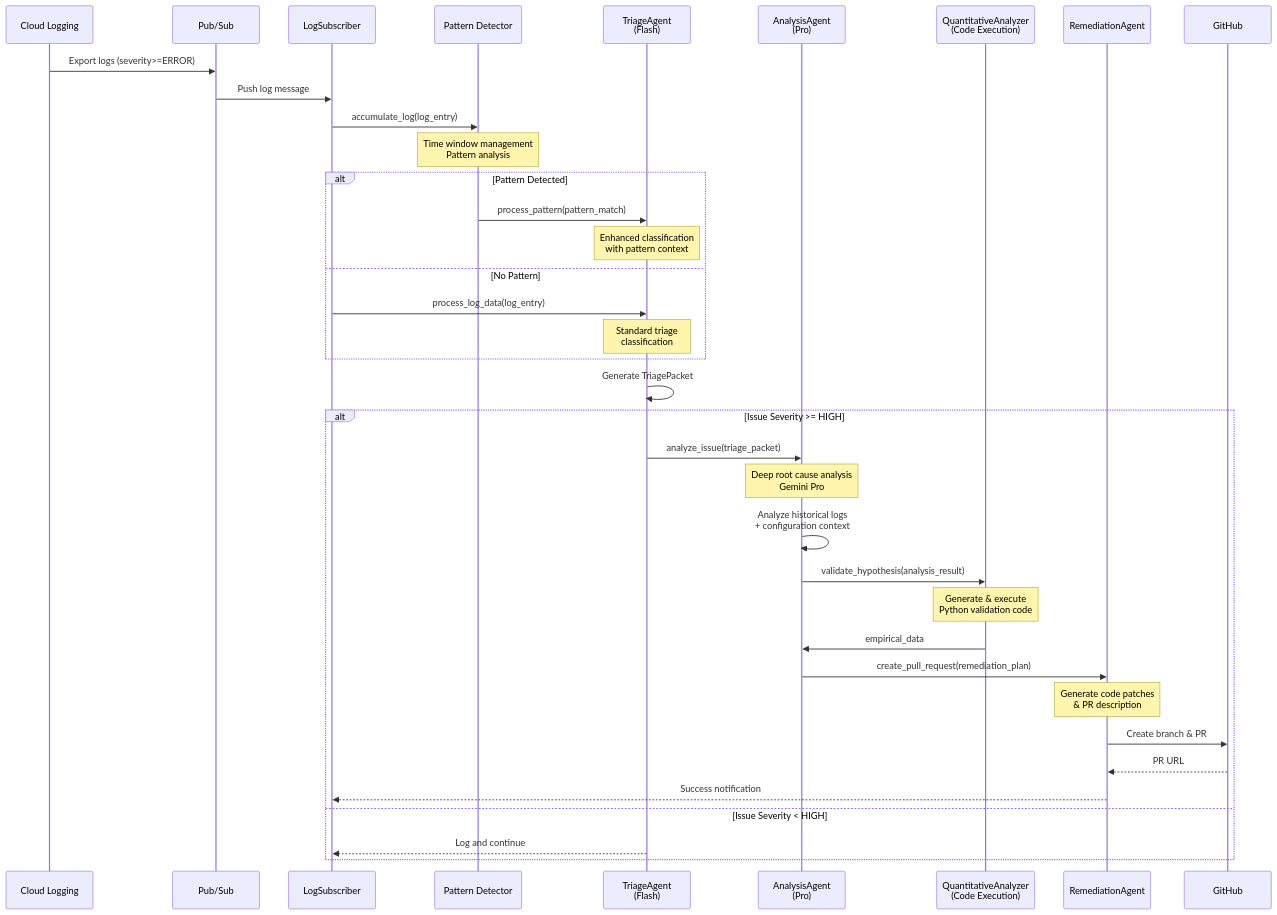
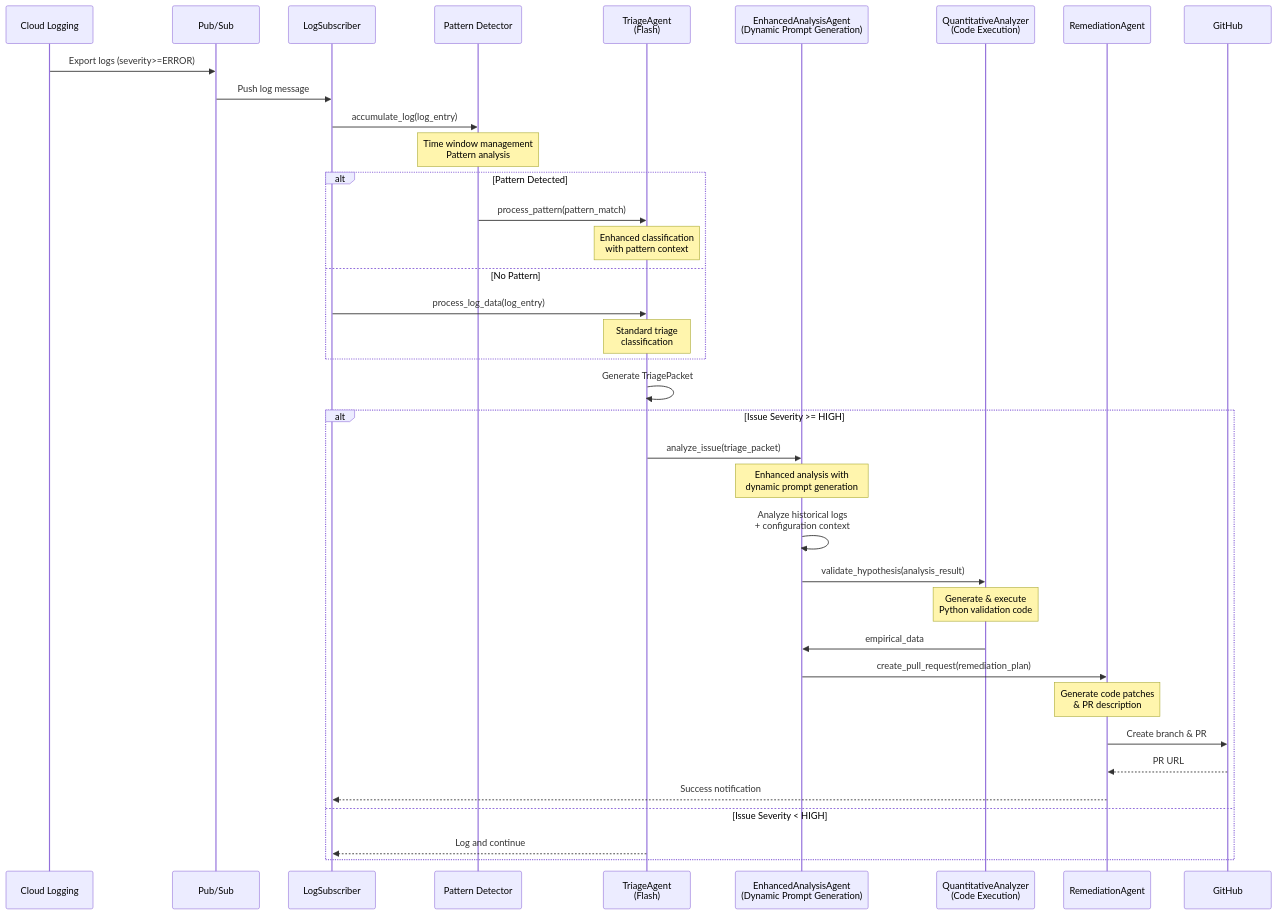
The first of 2 diagrams in docs/ARCHITECTURE.md (khael-kun-cmd/gemini-sre-agent), drawn with Mermaid before and after one commit. The commit also changed other lines of this file and 2 other files, not shown here.

First line of the commit message:
docs: comprehensive update for enhanced prompt generation system

````diff
--- a/docs/ARCHITECTURE.md
+++ b/docs/ARCHITECTURE.md
@@ -60,48 +80,48 @@
 ```mermaid
 sequenceDiagram
     participant CL as Cloud Logging
     participant PS as Pub/Sub
     participant LS as LogSubscriber
     participant PD as Pattern Detector
     participant TA as TriageAgent<br/>(Flash)
-    participant AA as AnalysisAgent<br/>(Pro)
+    participant AA as EnhancedAnalysisAgent<br/>(Dynamic Prompt Generation)
     participant QA as QuantitativeAnalyzer<br/>(Code Execution)
     participant RA as RemediationAgent
     participant GH as GitHub
 
     CL->>PS: Export logs (severity>=ERROR)
     PS->>LS: Push log message
     
     LS->>PD: accumulate_log(log_entry)
     Note over PD: Time window management<br/>Pattern analysis
     
     alt Pattern Detected
         PD->>TA: process_pattern(pattern_match)
         Note over TA: Enhanced classification<br/>with pattern context
     else No Pattern
         LS->>TA: process_log_data(log_entry)
         Note over TA: Standard triage<br/>classification
     end
     
     TA->>TA: Generate TriagePacket
     
     alt Issue Severity >= HIGH
         TA->>AA: analyze_issue(triage_packet)
         
-        Note over AA: Deep root cause analysis<br/>Gemini Pro
+        Note over AA: Enhanced analysis with<br/>dynamic prompt generation
         AA->>AA: Analyze historical logs<br/>+ configuration context
         
         AA->>QA: validate_hypothesis(analysis_result)
         Note over QA: Generate & execute<br/>Python validation code
         QA->>AA: empirical_data
         
         AA->>RA: create_pull_request(remediation_plan)
         Note over RA: Generate code patches<br/>& PR description
         RA->>GH: Create branch & PR
         GH-->>RA: PR URL
         
         RA-->>LS: Success notification
     else Issue Severity < HIGH
         TA-->>LS: Log and continue
     end
 ```
````
